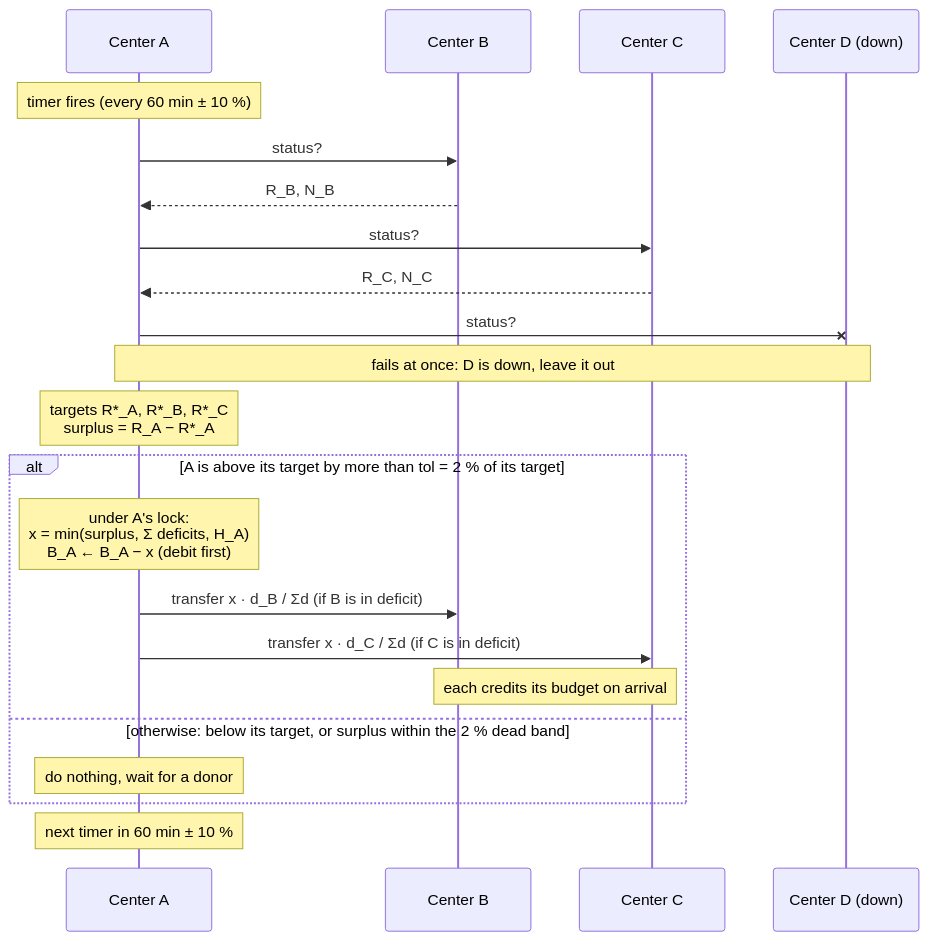
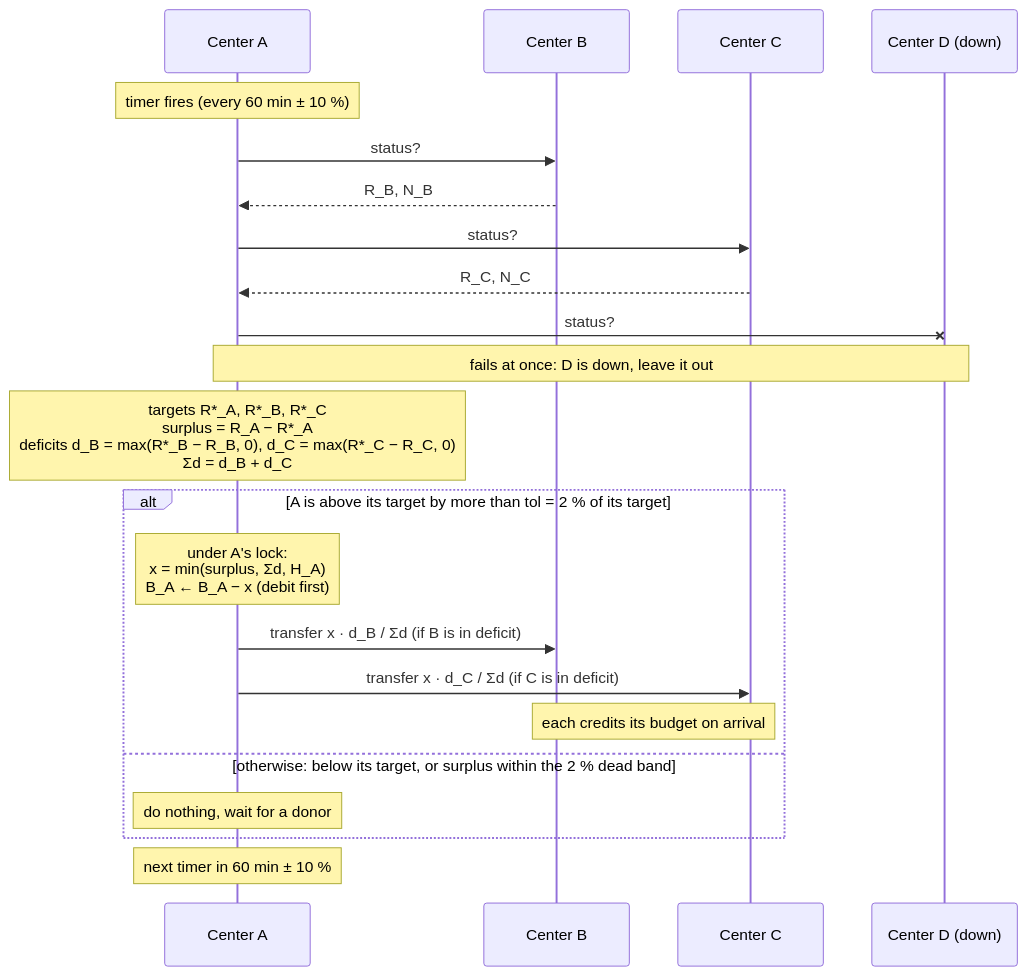
The third of 3 diagrams in MULTI.md (ayarodionov/budget_pacing), drawn with Mermaid before and after one commit. The commit also changed other lines of this file, not shown here.

Commit message:
MULTI.md: define deficits d_j in the timer diagram and the notation table

````diff
--- a/MULTI.md
+++ b/MULTI.md
@@ -281,24 +282,24 @@
 ```mermaid
 sequenceDiagram
   participant A as Center A
   participant B as Center B
   participant C as Center C
   participant D as Center D (down)
   Note over A: timer fires (every 60 min ± 10 %)
   A->>B: status?
   B-->>A: R_B, N_B
   A->>C: status?
   C-->>A: R_C, N_C
   A-xD: status?
   Note over A,D: fails at once: D is down, leave it out
-  Note over A: targets R*_A, R*_B, R*_C<br/>surplus = R_A − R*_A
+  Note over A: targets R*_A, R*_B, R*_C<br/>surplus = R_A − R*_A<br/>deficits d_B = max(R*_B − R_B, 0), d_C = max(R*_C − R_C, 0)<br/>Σd = d_B + d_C
   alt A is above its target by more than tol = 2 % of its target
-    Note over A: under A's lock:<br/>x = min(surplus, Σ deficits, H_A)<br/>B_A ← B_A − x (debit first)
+    Note over A: under A's lock:<br/>x = min(surplus, Σd, H_A)<br/>B_A ← B_A − x (debit first)
     A->>B: transfer x · d_B / Σd (if B is in deficit)
     A->>C: transfer x · d_C / Σd (if C is in deficit)
     Note over B,C: each credits its budget on arrival
   else otherwise: below its target, or surplus within the 2 % dead band
     Note over A: do nothing, wait for a donor
   end
   Note over A: next timer in 60 min ± 10 %
 ```
````
